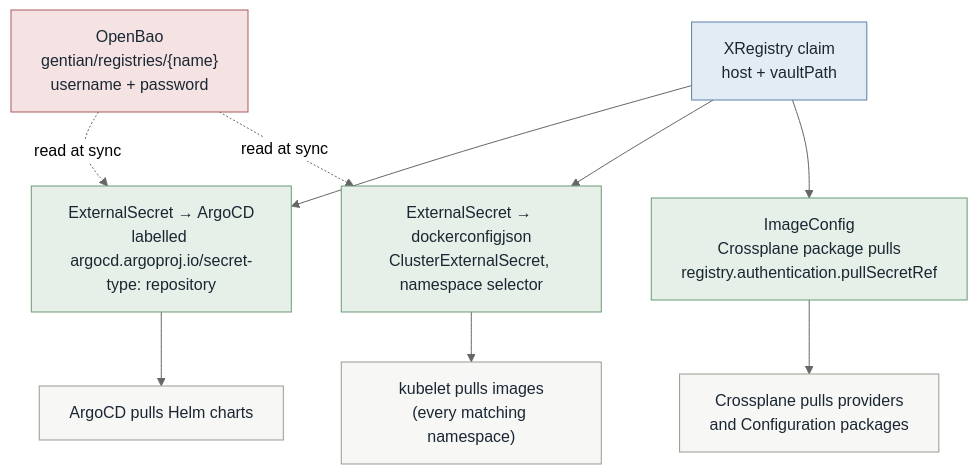
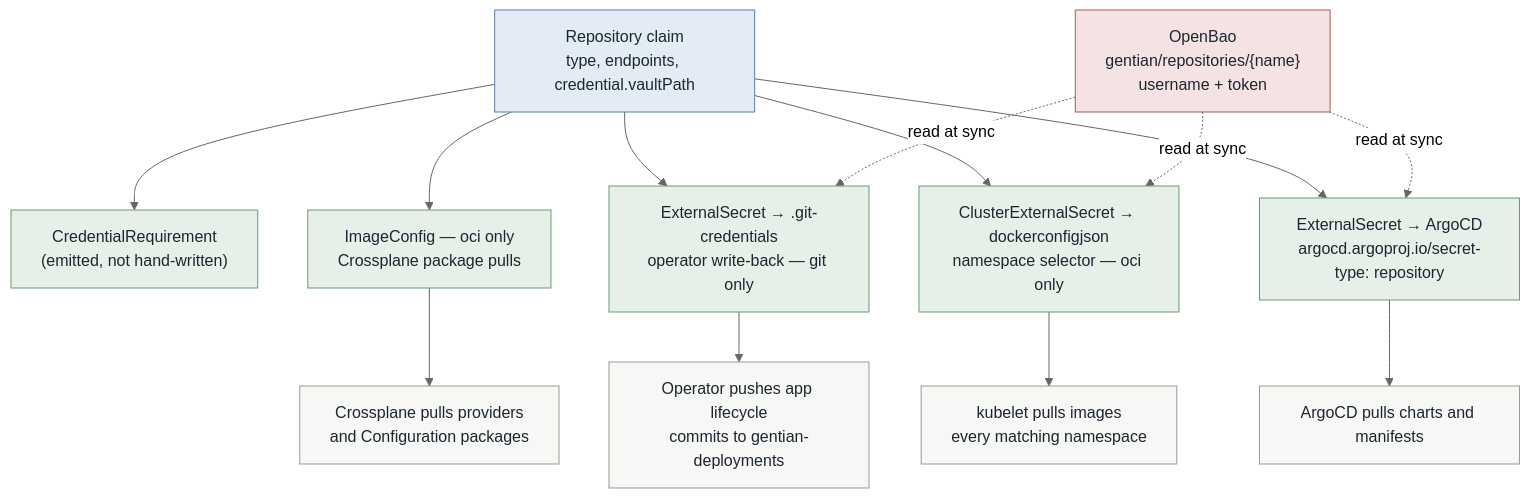
The third of 6 diagrams in docs/plans/config-and-credential-cleanup.md (gentian-org/gentian-os), drawn with Mermaid before and after one commit. The commit also changed other lines of this file and 60 other files, not shown here.

````diff
--- a/docs/plans/config-and-credential-cleanup.md
+++ b/docs/plans/config-and-credential-cleanup.md
@@ -235,31 +563,38 @@
 ```mermaid
 %%{init: {'theme':'neutral'}}%%
 flowchart TB
-    A["OpenBao<br/>gentian/registries/{name}<br/>username + password"]
-    B["XRegistry claim<br/>host + vaultPath"]
-    C["ExternalSecret → ArgoCD<br/>labelled argocd.argoproj.io/secret-type: repository"]
-    D["ExternalSecret → dockerconfigjson<br/>ClusterExternalSecret, namespace selector"]
-    E["ImageConfig<br/>Crossplane package pulls<br/>registry.authentication.pullSecretRef"]
-    F["ArgoCD pulls Helm charts"]
-    G["kubelet pulls images<br/>(every matching namespace)"]
+    A["OpenBao<br/>gentian/repositories/{name}<br/>username + token"]
+    B["Repository claim<br/>type, endpoints, credential.vaultPath"]
+    R["CredentialRequirement<br/>(emitted, not hand-written)"]
+    C["ExternalSecret → ArgoCD<br/>argocd.argoproj.io/secret-type: repository"]
+    D["ClusterExternalSecret → dockerconfigjson<br/>namespace selector — oci only"]
+    E["ImageConfig — oci only<br/>Crossplane package pulls"]
+    W["ExternalSecret → .git-credentials<br/>operator write-back — git only"]
+    F["ArgoCD pulls charts and manifests"]
+    G["kubelet pulls images<br/>every matching namespace"]
     H["Crossplane pulls providers<br/>and Configuration packages"]
+    I["Operator pushes app lifecycle<br/>commits to gentian-deployments"]
 
+    B --> R
     B --> C
     B --> D
     B --> E
+    B --> W
     A -.->|read at sync| C
     A -.->|read at sync| D
+    A -.->|read at sync| W
     C --> F
     D --> G
     E --> H
+    W --> I
 
     classDef vault fill:#f5e3e3,stroke:#a85b5b,color:#1a2733
     classDef xr fill:#e3ecf5,stroke:#5b7fa8,color:#1a2733
     classDef res fill:#e6f0e8,stroke:#6a9b76,color:#1a2733
     classDef consumer fill:#f7f7f5,stroke:#9a9a92,color:#1a2733
 
     class A vault
     class B xr
-    class C,D,E res
-    class F,G,H consumer
+    class R,C,D,E,W res
+    class F,G,H,I consumer
 ```
````
